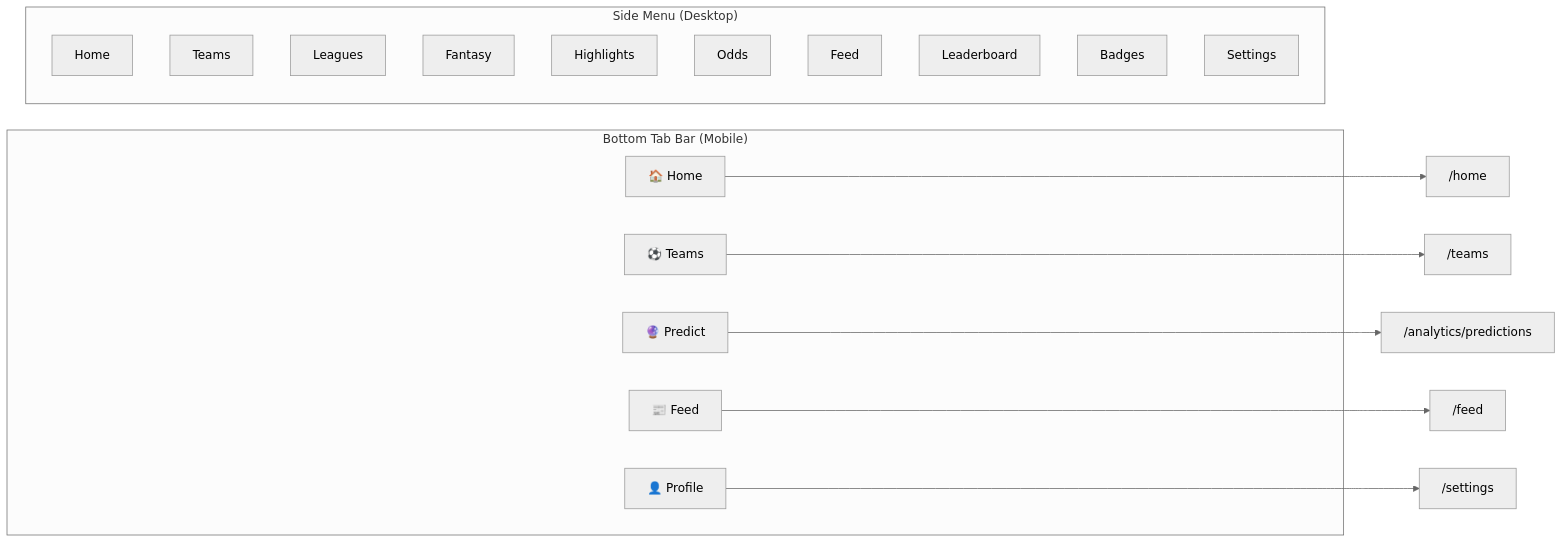
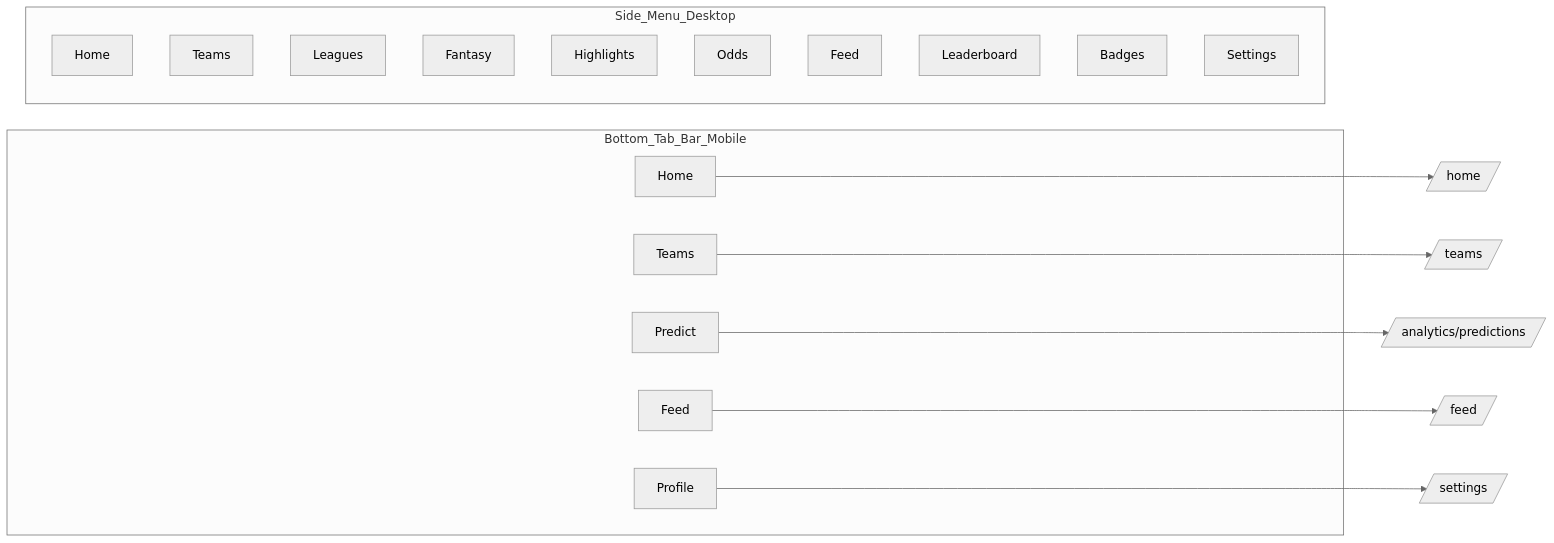
Before and after one commit to ErivanFranklin/FootDash: the third of 4 diagrams in docs/ROUTES.md, drawn with Mermaid (neutral theme). The commit also changed other lines of this file, not shown here.

Commit message:
docs: fix ROUTES links and mermaid navigation diagrams

````diff
--- a/docs/ROUTES.md
+++ b/docs/ROUTES.md
@@ -144,29 +143,29 @@
 ```mermaid
-graph LR
-    subgraph "Bottom Tab Bar (Mobile)"
-        Tab1["🏠 Home"]
-        Tab2["⚽ Teams"]
-        Tab3["🔮 Predict"]
-        Tab4["📰 Feed"]
-        Tab5["👤 Profile"]
+flowchart LR
+    subgraph Bottom_Tab_Bar_Mobile
+        Tab1[Home]
+        Tab2[Teams]
+        Tab3[Predict]
+        Tab4[Feed]
+        Tab5[Profile]
     end
-    
-    subgraph "Side Menu (Desktop)"
-        Menu1["Home"]
-        Menu2["Teams"]
-        Menu3["Leagues"]
-        Menu4["Fantasy"]
-        Menu5["Highlights"]
-        Menu6["Odds"]
-        Menu7["Feed"]
-        Menu8["Leaderboard"]
-        Menu9["Badges"]
-        Menu10["Settings"]
+
+    subgraph Side_Menu_Desktop
+        Menu1[Home]
+        Menu2[Teams]
+        Menu3[Leagues]
+        Menu4[Fantasy]
+        Menu5[Highlights]
+        Menu6[Odds]
+        Menu7[Feed]
+        Menu8[Leaderboard]
+        Menu9[Badges]
+        Menu10[Settings]
     end
-    
-    Tab1 --> HomeP["/home"]
-    Tab2 --> TeamsP["/teams"]
-    Tab3 --> PredP["/analytics/predictions"]
-    Tab4 --> FeedP["/feed"]
-    Tab5 --> SettP["/settings"]
+
+    Tab1 --> HomeP[/home/]
+    Tab2 --> TeamsP[/teams/]
+    Tab3 --> PredP[/analytics/predictions/]
+    Tab4 --> FeedP[/feed/]
+    Tab5 --> SettP[/settings/]
 ```
````
